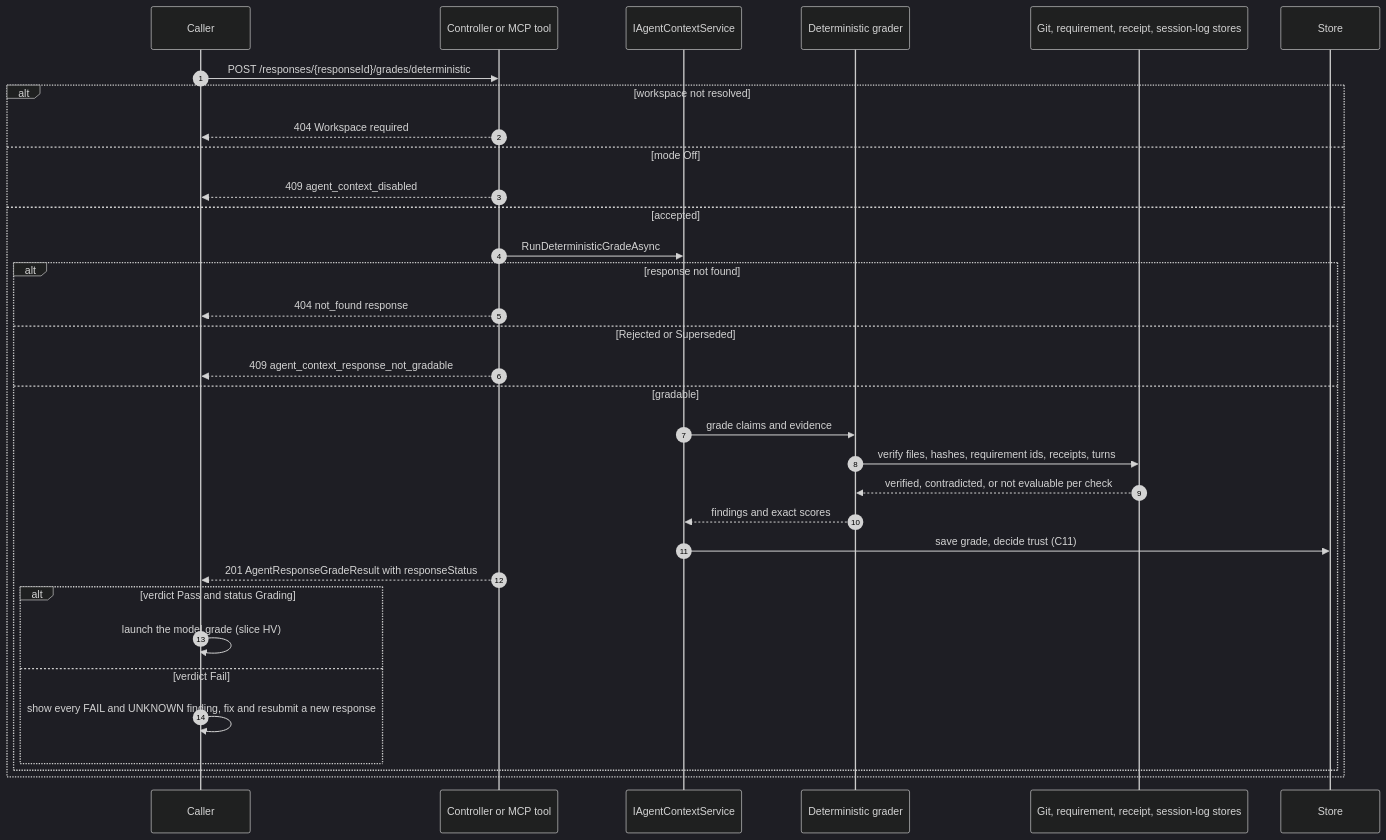
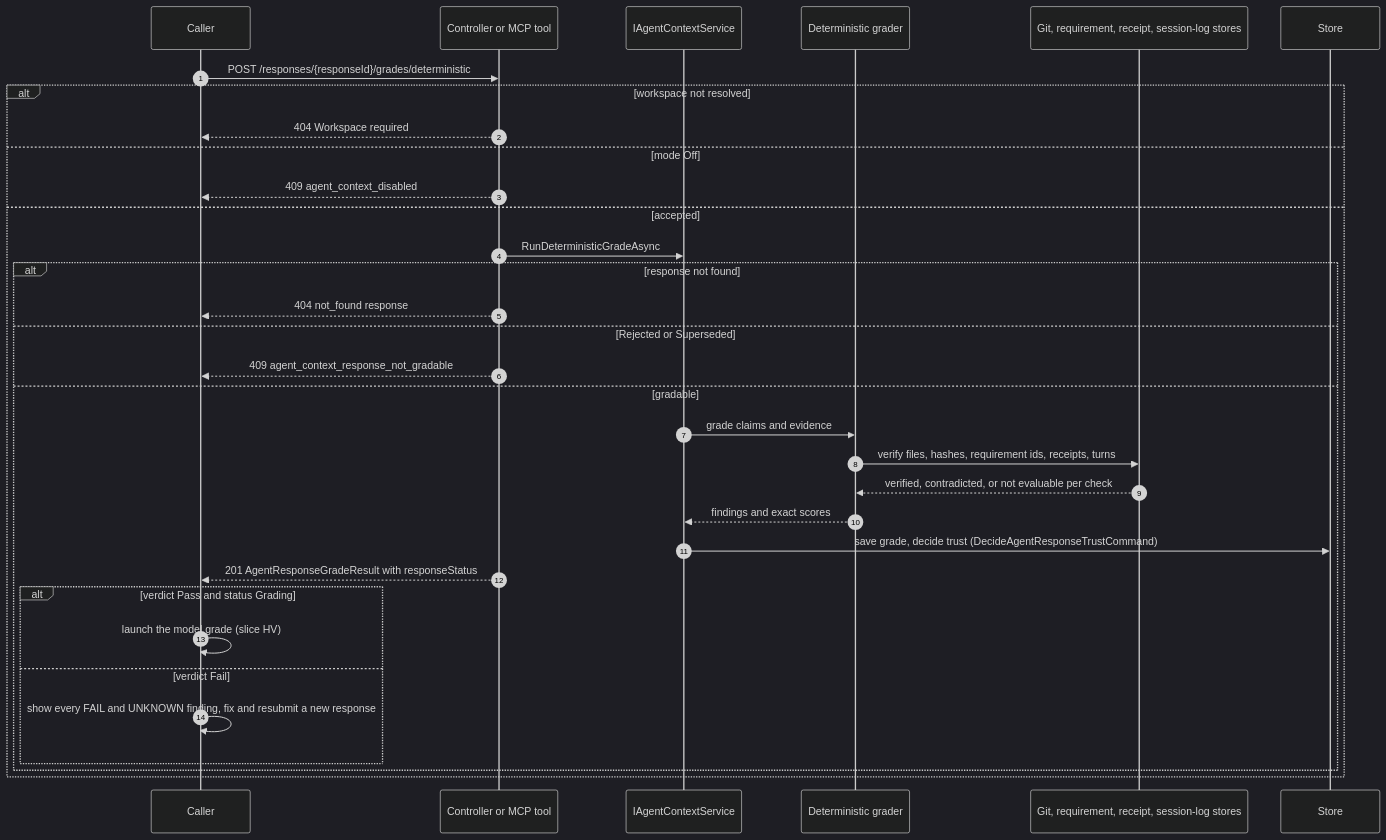
Before and after one commit to sharpninja/McpServer: diagram 35 of 59 in docs/Stateless-Agent-Context-Management.md, drawn with Mermaid (dark theme). The commit also changed other lines of this file, not shown here.

First line of the commit message:
docs: update stateless agent context for the PowerShell-only plugin core

````diff
--- a/docs/Stateless-Agent-Context-Management.md
+++ b/docs/Stateless-Agent-Context-Management.md
@@ -1046,35 +1184,35 @@
 ```mermaid
 sequenceDiagram
     autonumber
     participant Caller
     participant API as Controller or MCP tool
     participant SVC as IAgentContextService
     participant DG as Deterministic grader
     participant SRC as Git, requirement, receipt, session-log stores
     participant DB as Store
     Caller->>API: POST /responses/{responseId}/grades/deterministic
     alt workspace not resolved
         API-->>Caller: 404 Workspace required
     else mode Off
         API-->>Caller: 409 agent_context_disabled
     else accepted
         API->>SVC: RunDeterministicGradeAsync
         alt response not found
             API-->>Caller: 404 not_found response
         else Rejected or Superseded
             API-->>Caller: 409 agent_context_response_not_gradable
         else gradable
             SVC->>DG: grade claims and evidence
             DG->>SRC: verify files, hashes, requirement ids, receipts, turns
             SRC-->>DG: verified, contradicted, or not evaluable per check
             DG-->>SVC: findings and exact scores
-            SVC->>DB: save grade, decide trust (C11)
+            SVC->>DB: save grade, decide trust (DecideAgentResponseTrustCommand)
             API-->>Caller: 201 AgentResponseGradeResult with responseStatus
             alt verdict Pass and status Grading
                 Caller->>Caller: launch the model grade (slice HV)
             else verdict Fail
                 Caller->>Caller: show every FAIL and UNKNOWN finding, fix and resubmit a new response
             end
         end
     end
 ```
````
